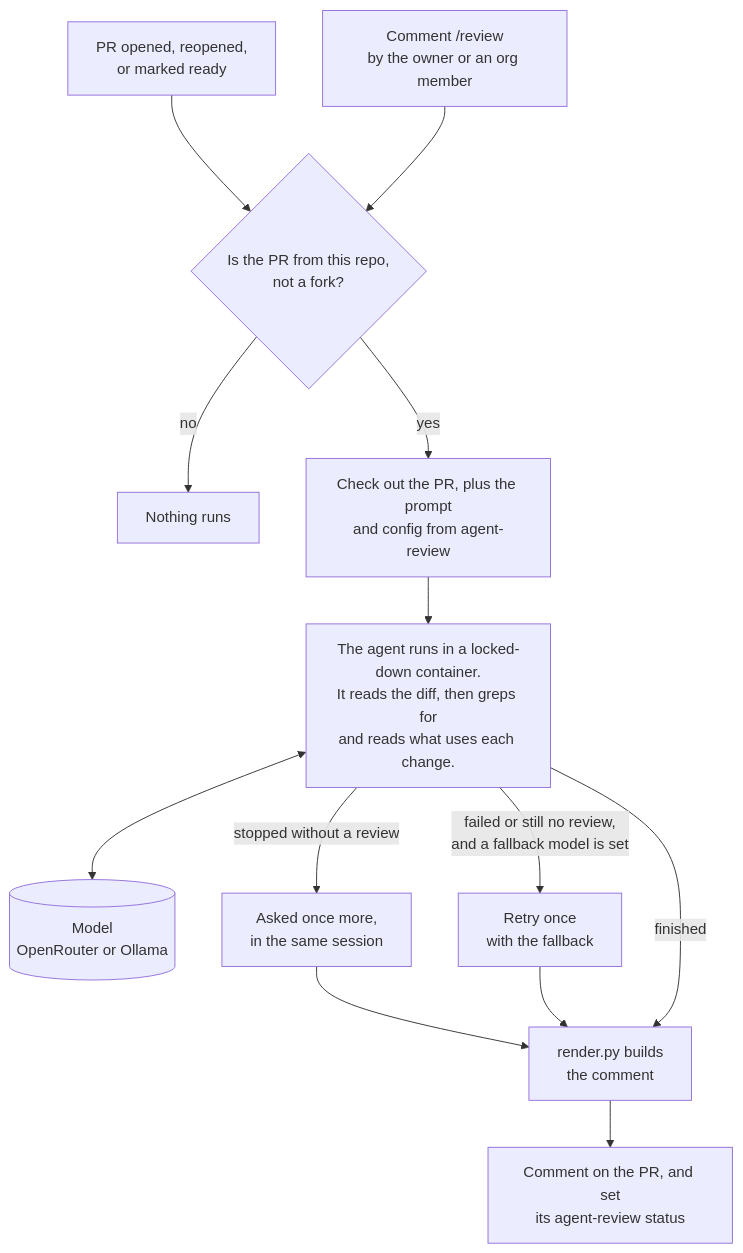
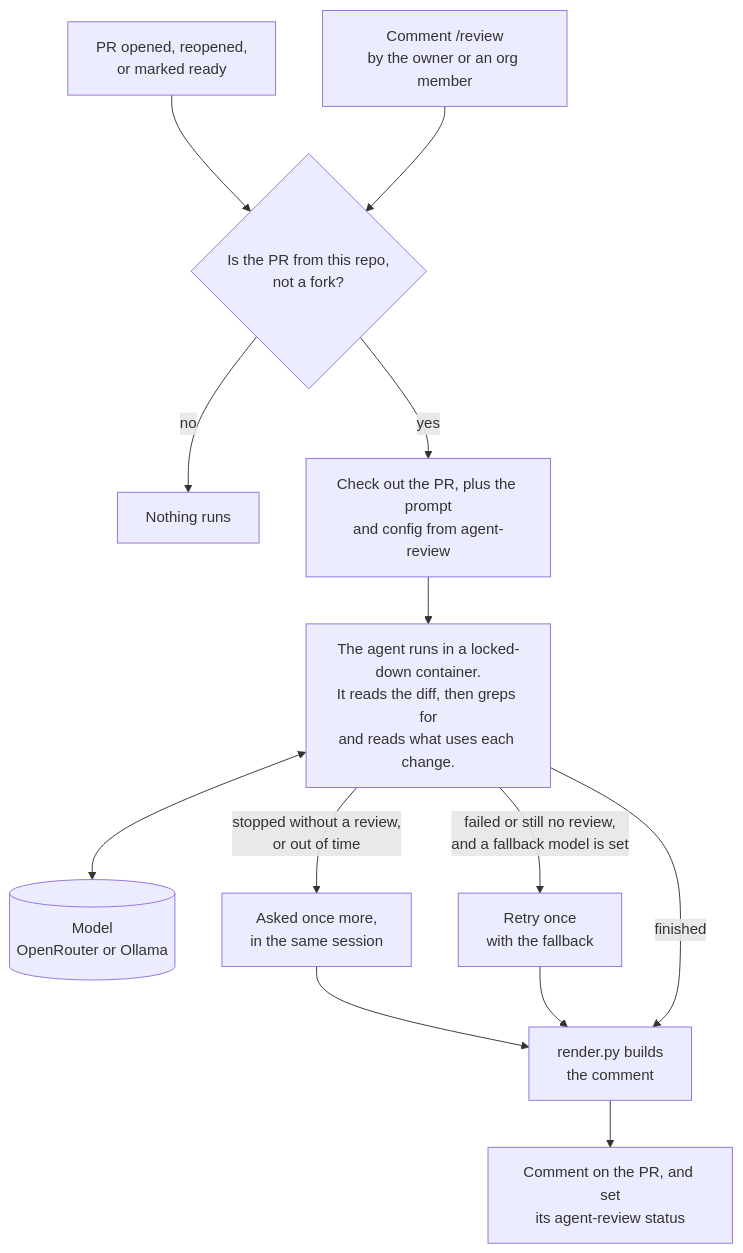
Before and after one commit to aachtenberg/agent-review: the first of 2 diagrams in README.md, drawn with Mermaid. The commit also changed other lines of this file and 6 other files, not shown here.

First line of the commit message:
Ask for the review when the agent runs out of time; keep every run's events

````diff
--- a/README.md
+++ b/README.md
@@ -22,16 +22,16 @@
 ```mermaid
 flowchart TD
     A["PR opened, reopened,<br/>or marked ready"] --> C
     B["Comment /review<br/>by the owner or an org member"] --> C
     C{"Is the PR from this repo,<br/>not a fork?"}
     C -- no --> S["Nothing runs"]
     C -- yes --> D["Check out the PR, plus the prompt<br/>and config from agent-review"]
     D --> E["The agent runs in a locked-down container.<br/>It reads the diff, then greps for<br/>and reads what uses each change."]
     E <--> M[("Model<br/>OpenRouter or Ollama")]
-    E -- "stopped without a review" --> N["Asked once more,<br/>in the same session"]
+    E -- "stopped without a review,<br/>or out of time" --> N["Asked once more,<br/>in the same session"]
     N --> R
     E -- "failed or still no review,<br/>and a fallback model is set" --> F["Retry once<br/>with the fallback"]
     F --> R
     E -- finished --> R["render.py builds<br/>the comment"]
     R --> P["Comment on the PR, and set<br/>its agent-review status"]
 ```
````
